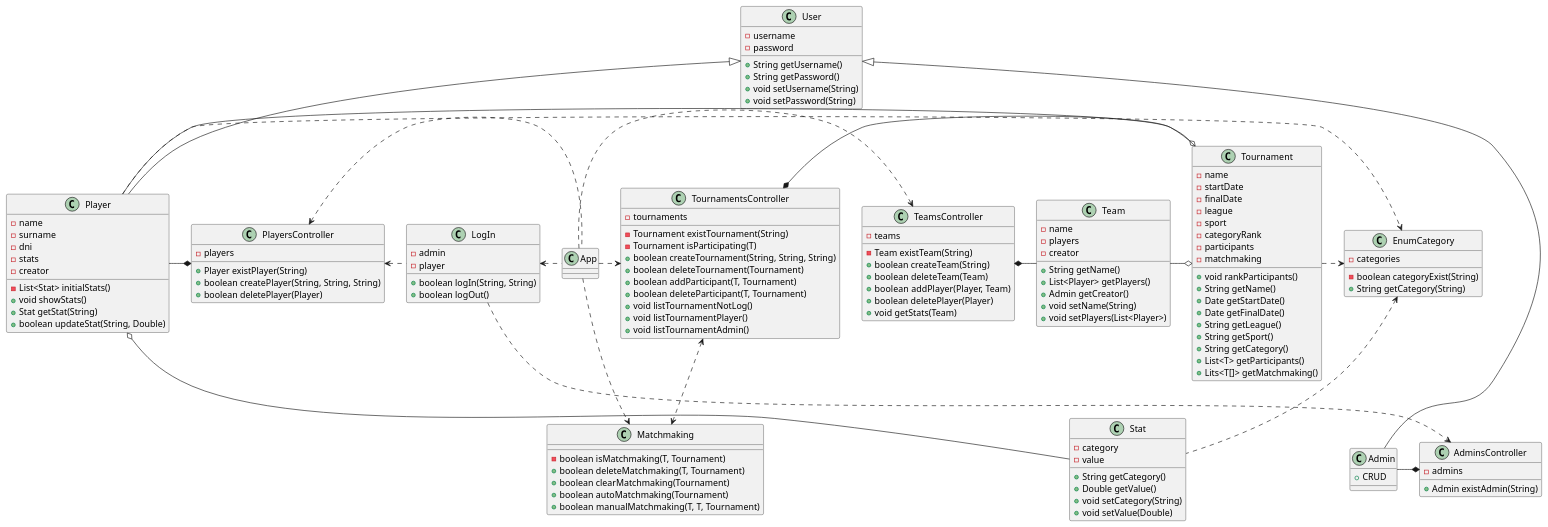
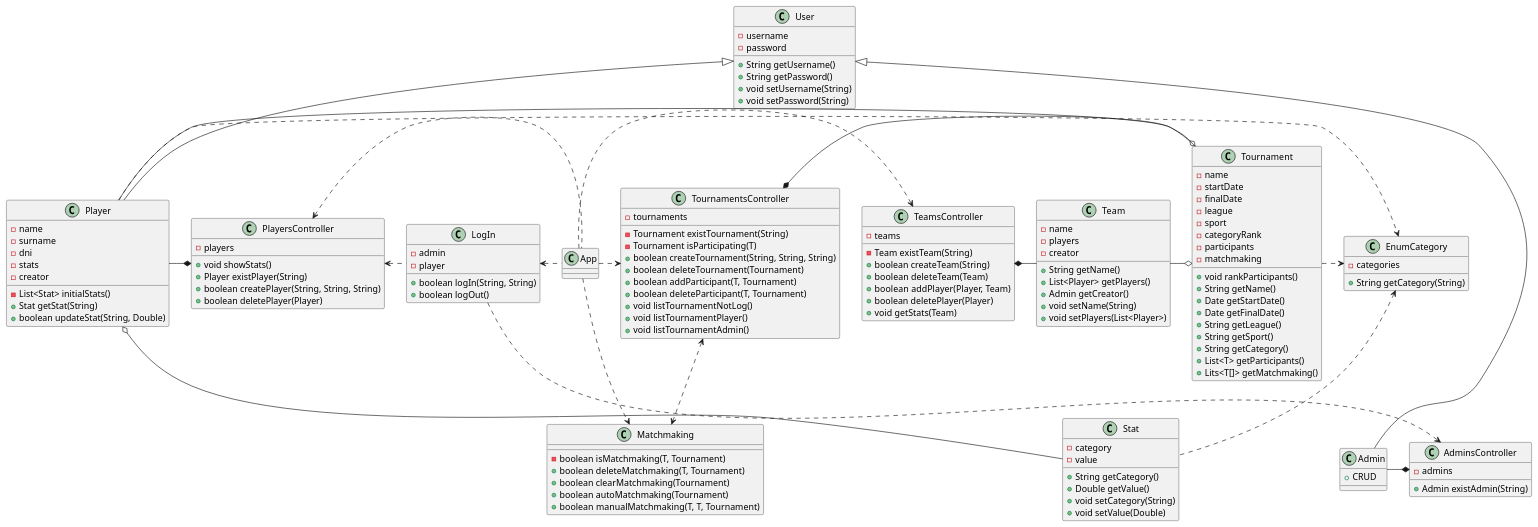
The diagram in documents/uml.puml (AlbertoArpa/POO2), drawn with PlantUML before and after one commit. The commit also changed 13 other files, not shown here.

```diff
--- a/documents/uml.puml
+++ b/documents/uml.puml
@@ -1,145 +1,144 @@
 @startuml
 
 Player -* PlayersController
 TournamentsController *- Tournament
 TeamsController *- Team
 TournamentsController <.> Matchmaking
 Stat --o Player
 Player -o Tournament
 Player .> EnumCategory
 Team -o Tournament
 EnumCategory <. Stat
 PlayersController <. LogIn
 LogIn ..> AdminsController
 Tournament .> EnumCategory
 Admin -* AdminsController
 LogIn <. App
 PlayersController <. App
 App .> TournamentsController
 App ..> Matchmaking
 App .> TeamsController
 
 class App{}
 
 class User{
     -username
     -password
     +String getUsername()
     +String getPassword()
     +void setUsername(String)
     +void setPassword(String)
 }
 
 class Player extends User{
     -name
     -surname
     -dni
     -stats
     -creator
     -List<Stat> initialStats()
-    +void showStats()
     +Stat getStat(String)
     +boolean updateStat(String, Double)
 }
 
 class Admin extends User{
     +CRUD
 }
 
 class EnumCategory{
     -categories
-    -boolean categoryExist(String)
     +String getCategory(String)
 }
 
 class Stat{
     -category
     -value
     +String getCategory()
     +Double getValue()
     +void setCategory(String)
     +void setValue(Double)
 }
 
 class Team{
     -name
     -players
     -creator
     +String getName()
     +List<Player> getPlayers()
     +Admin getCreator()
     +void setName(String)
     +void setPlayers(List<Player>)
 }
 
 class Matchmaking{
     -boolean isMatchmaking(T, Tournament)
     +boolean deleteMatchmaking(T, Tournament)
     +boolean clearMatchmaking(Tournament)
     +boolean autoMatchmaking(Tournament)
     +boolean manualMatchmaking(T, T, Tournament)
 }
 
 class Tournament{
     -name
     -startDate
     -finalDate
     -league
     -sport
     -categoryRank
     -participants
     -matchmaking
     +void rankParticipants()
     +String getName()
     +Date getStartDate()
     +Date getFinalDate()
     +String getLeague()
     +String getSport()
     +String getCategory()
     +List<T> getParticipants()
     +Lits<T[]> getMatchmaking()
 }
 
 class AdminsController{
     -admins
     +Admin existAdmin(String)
 }
 
 class PlayersController{
     -players
+    +void showStats()
     +Player existPlayer(String)
     +boolean createPlayer(String, String, String)
     +boolean deletePlayer(Player)
 }
 
 class LogIn{
     -admin
     -player
     +boolean logIn(String, String)
     +boolean logOut()
 }
 
 class TournamentsController{
     -tournaments
     -Tournament existTournament(String)
     -Tournament isParticipating(T)
     +boolean createTournament(String, String, String)
     +boolean deleteTournament(Tournament)
     +boolean addParticipant(T, Tournament)
     +boolean deleteParticipant(T, Tournament)
     +void listTournamentNotLog()
     +void listTournamentPlayer()
     +void listTournamentAdmin()
 }
 
 class TeamsController{
     -teams
     -Team existTeam(String)
     +boolean createTeam(String)
     +boolean deleteTeam(Team)
     +boolean addPlayer(Player, Team)
     +boolean deletePlayer(Player)
     +void getStats(Team)
 }
 
 @enduml
```
